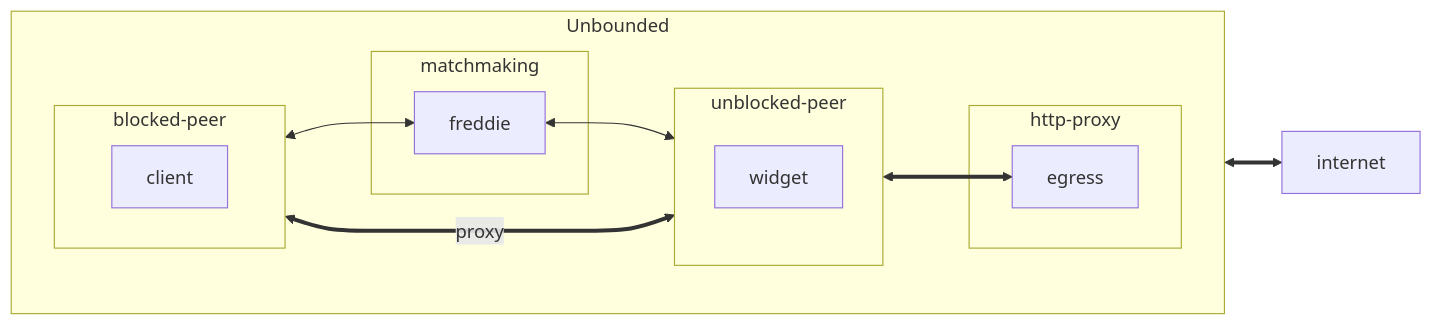
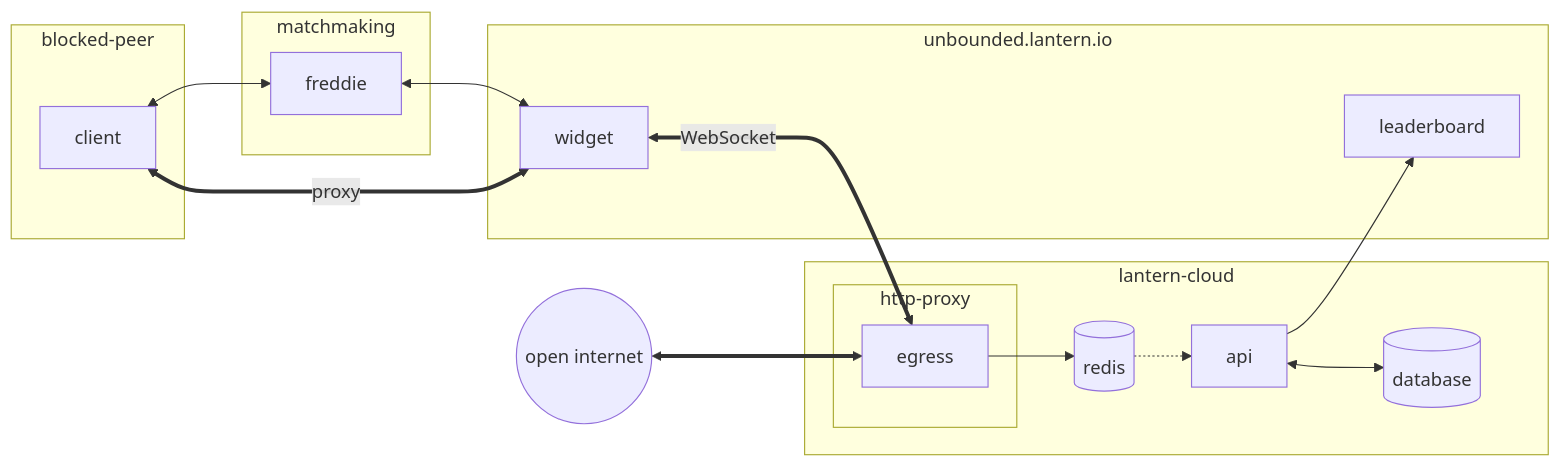
Before and after one commit to getlantern/unbounded: the diagram in diagrams.md, drawn with Mermaid. The commit also changed 10 other files, not shown here.

````diff
--- a/diagrams.md
+++ b/diagrams.md
@@ -5,23 +5,25 @@
 ```mermaid
 flowchart LR
-  subgraph Unbounded
-    direction LR
+subgraph blocked-peer
+    client
+end
+subgraph unbounded.lantern.io
+    widget
+    leaderboard
+end
+subgraph matchmaking
+    freddie <--> widget
+end
+subgraph lantern-cloud
     subgraph http-proxy
-      egress
+        widget <==> |WebSocket| egress
     end
-    subgraph blocked-peer
-      direction LR
-      client
-    end
-    subgraph unblocked-peer
-      direction BT
-      widget <==> egress
-    end
-    subgraph matchmaking
-      freddie <--> widget
-    end
-  end
-  client <==> |proxy| widget
-  egress <==> internet
-  client <--> freddie
+    egress-->redis[(redis)]
+    redis-.->api
+    api<-->db[(database)]
+end
+client <==> |proxy| widget
+client <--> freddie
+api --> leaderboard
+internet((open internet)) <==> egress
 ```
````
